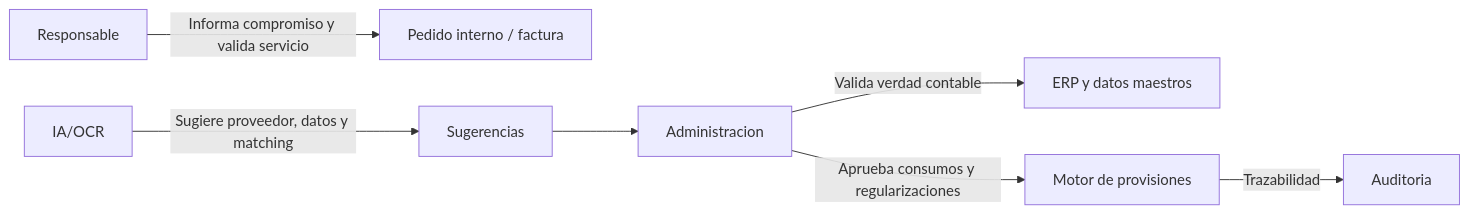
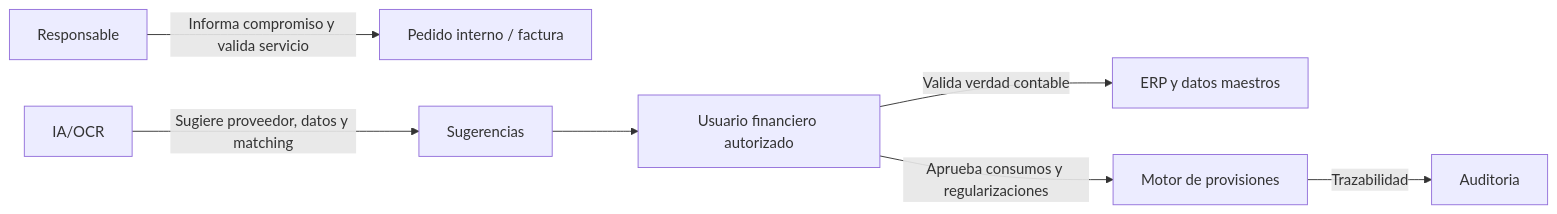
Before and after one commit to easydev9/ProvCore: diagram 13 of 14 in docs/diagramas_flujo.md, drawn with Mermaid. The commit also changed other lines of this file and 20 other files, not shown here.

````diff
--- a/docs/diagramas_flujo.md
+++ b/docs/diagramas_flujo.md
@@ -255,9 +255,9 @@
 ```mermaid
 flowchart LR
     R[Responsable] -->|Informa compromiso y valida servicio| PI[Pedido interno / factura]
     IA[IA/OCR] -->|Sugiere proveedor, datos y matching| S[Sugerencias]
-    S --> A[Administracion]
+    S --> A[Usuario financiero autorizado]
     A -->|Valida verdad contable| ERP[ERP y datos maestros]
     A -->|Aprueba consumos y regularizaciones| MP[Motor de provisiones]
     MP -->|Trazabilidad| AU[Auditoria]
 ```
````
